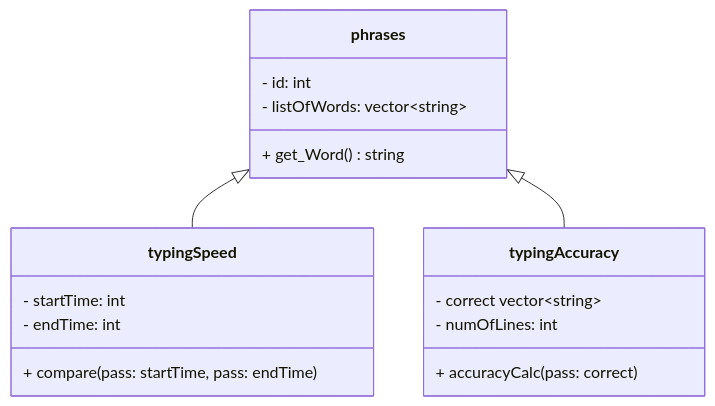
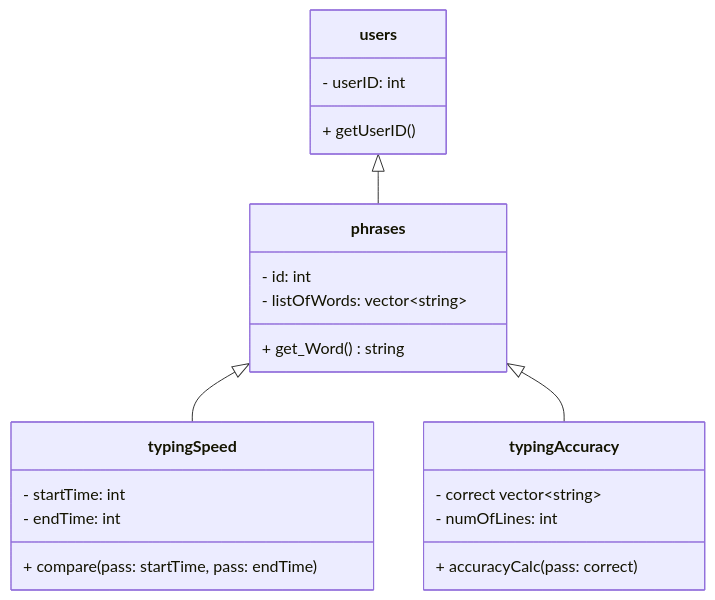
One commit to oerivas-star/tippitytappity-design changed the diagram in README.md. Above: the diagram before and after it, drawn with Mermaid.

````diff
--- a/README.md
+++ b/README.md
@@ -8,20 +8,25 @@
 ```mermaid
 classDiagram
   phrases <|-- typingSpeed
   phrases <|-- typingAccuracy
+  users <|-- phrases
   class phrases{
         - id: int
         - listOfWords: vector~string~
         + get_Word() string
   }
   class typingSpeed{
         - startTime: int
         - endTime: int
         + compare(pass: startTime, pass: endTime)
   }
   class typingAccuracy{
         - correct vector~string~
         - numOfLines: int
         + accuracyCalc( pass: correct )
   }
+  class users{
+        - userID: int
+        + getUserID()
+  }
 ```
````
